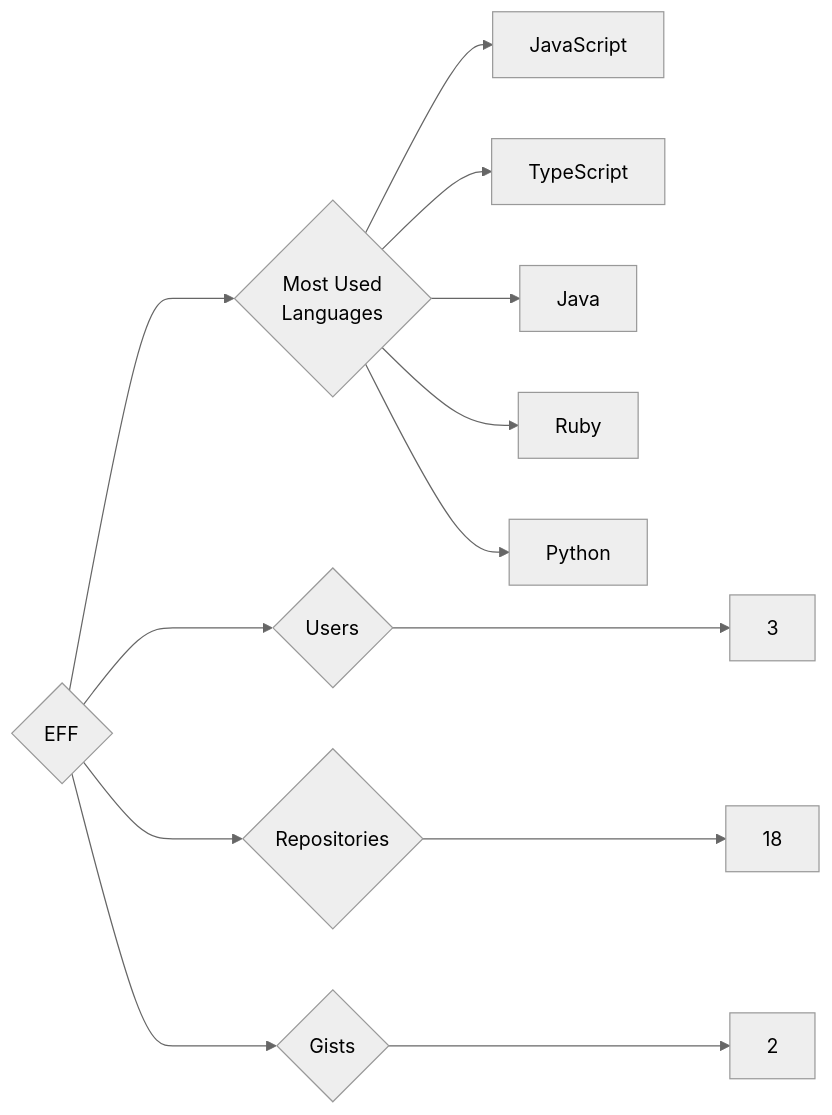
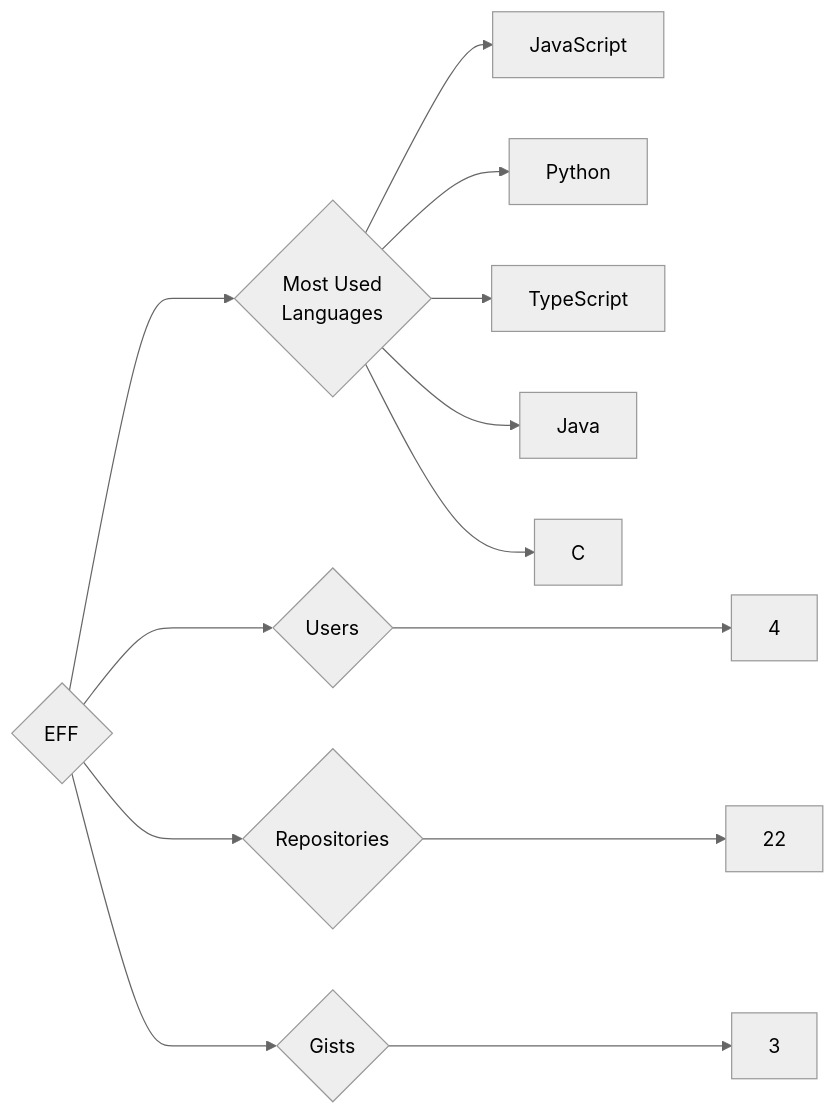
Before and after one commit to trickest/insiders: the diagram in targets/EFF/README.md, drawn with Mermaid (neutral theme). The commit also changed 934 other files, not shown here.

````diff
--- a/targets/EFF/README.md
+++ b/targets/EFF/README.md
@@ -3,13 +3,13 @@
 ```mermaid
 graph LR
 COMPANY_NAME{EFF}
-COMPANY_NAME ---> U{Users} ---> UN[3]
-COMPANY_NAME ---> R{Repositories} ---> RN[18]
-COMPANY_NAME ---> G{Gists} ---> GN[2]
+COMPANY_NAME ---> U{Users} ---> UN[4]
+COMPANY_NAME ---> R{Repositories} ---> RN[22]
+COMPANY_NAME ---> G{Gists} ---> GN[3]
 COMPANY_NAME ---> ML{Most Used<br>Languages}
 ML --> JavaScript[JavaScript]
+ML --> Python[Python]
 ML --> TypeScript[TypeScript]
 ML --> Java[Java]
-ML --> Ruby[Ruby]
-ML --> Python[Python]
+ML --> C[C]
 ```
````
